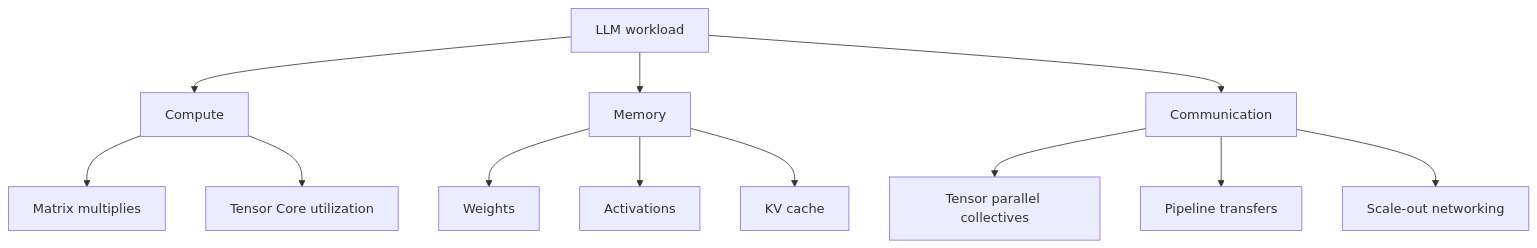
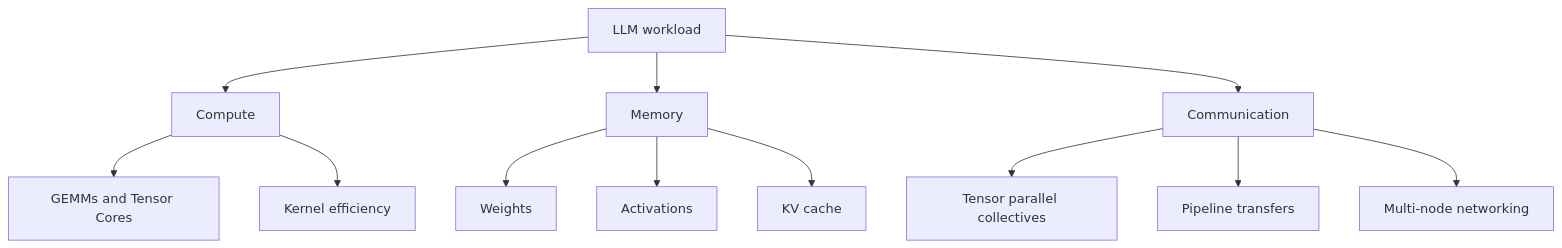
Before and after one commit to nawab-ali/mlsys-prep: the second of 6 diagrams in systems/00_llm_gpu_bridge.md, drawn with Mermaid. The commit also changed other lines of this file and 6 other files, not shown here.

````diff
--- a/systems/00_llm_gpu_bridge.md
+++ b/systems/00_llm_gpu_bridge.md
@@ -65,17 +74,17 @@
 ```mermaid
 flowchart TB
     A[LLM workload] --> B[Compute]
     A --> C[Memory]
     A --> D[Communication]
 
-    B --> B1[Matrix multiplies]
-    B --> B2[Tensor Core utilization]
+    B --> B1[GEMMs and Tensor Cores]
+    B --> B2[Kernel efficiency]
 
     C --> C1[Weights]
     C --> C2[Activations]
     C --> C3[KV cache]
 
     D --> D1[Tensor parallel collectives]
     D --> D2[Pipeline transfers]
-    D --> D3[Scale-out networking]
+    D --> D3[Multi-node networking]
 ```
````
